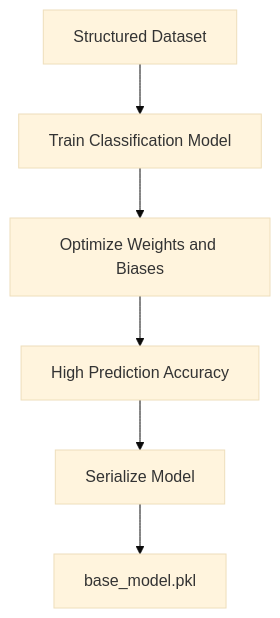
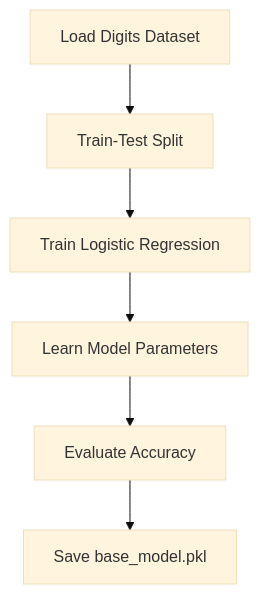
One commit to cyberdpopsicle-dev/Machine-Learning-Models- changed the second of 5 diagrams in Model Amnesia (Machine Unlearning)/READme.md. Above: the diagram before and after it, drawn with Mermaid (base theme). The commit also changed other lines of this file, not shown here.

````diff
--- a/Model Amnesia (Machine Unlearning)/READme.md
+++ b/Model Amnesia (Machine Unlearning)/READme.md
@@ -21,15 +27,15 @@
 ```mermaid
 flowchart TD
-    A[Structured Dataset]
-    B[Train Classification Model]
-    C[Optimize Weights and Biases]
-    D[High Prediction Accuracy]
-    E[Serialize Model]
-    F[base_model.pkl]
+    A[Load Digits Dataset]
+    B[Train-Test Split]
+    C[Train Logistic Regression]
+    D[Learn Model Parameters]
+    E[Evaluate Accuracy]
+    F[Save base_model.pkl]
 
     A --> B
     B --> C
     C --> D
     D --> E
     E --> F
 ```
````
